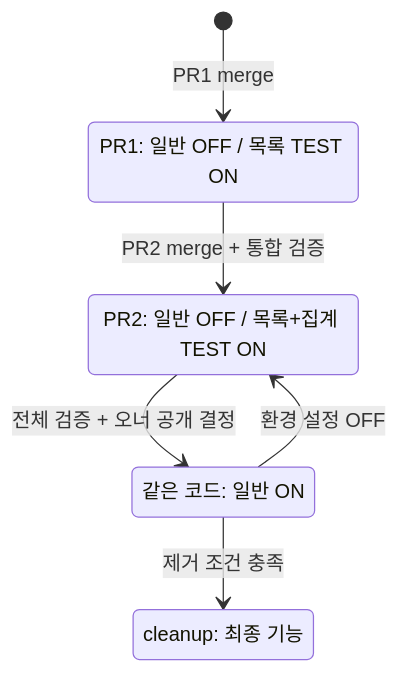
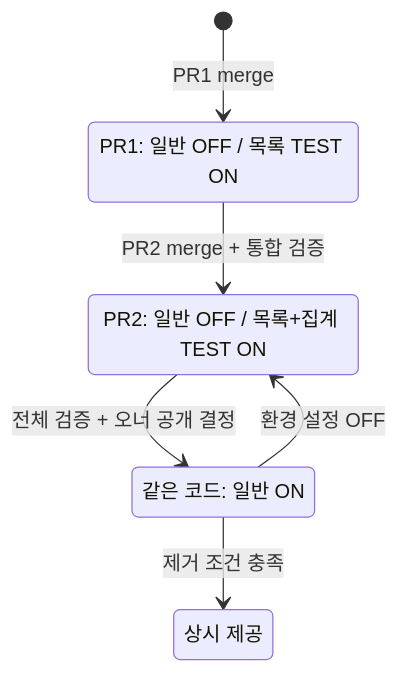
One commit to bifrost17/ai-native-sdlc-sample changed the diagram in docs/research/sdlc-documentation/spec-plan-design/candidate/examples/F03/spec.md. Above: the diagram before and after it, drawn with Mermaid. The commit also changed other lines of this file and 16 other files, not shown here.

````diff
--- a/docs/research/sdlc-documentation/spec-plan-design/candidate/examples/F03/spec.md
+++ b/docs/research/sdlc-documentation/spec-plan-design/candidate/examples/F03/spec.md
@@ -42,12 +43,12 @@
 ```mermaid
 stateDiagram-v2
   [*] --> Partial: PR1 merge
   state "PR1: 일반 OFF / 목록 TEST ON" as Partial
   state "PR2: 일반 OFF / 목록+집계 TEST ON" as Complete
   state "같은 코드: 일반 ON" as Released
-  state "cleanup: 최종 기능" as Clean
+  state "상시 제공" as Clean
   Partial --> Complete: PR2 merge + 통합 검증
   Complete --> Released: 전체 검증 + 오너 공개 결정
   Released --> Complete: 환경 설정 OFF
   Released --> Clean: 제거 조건 충족
 ```
````
